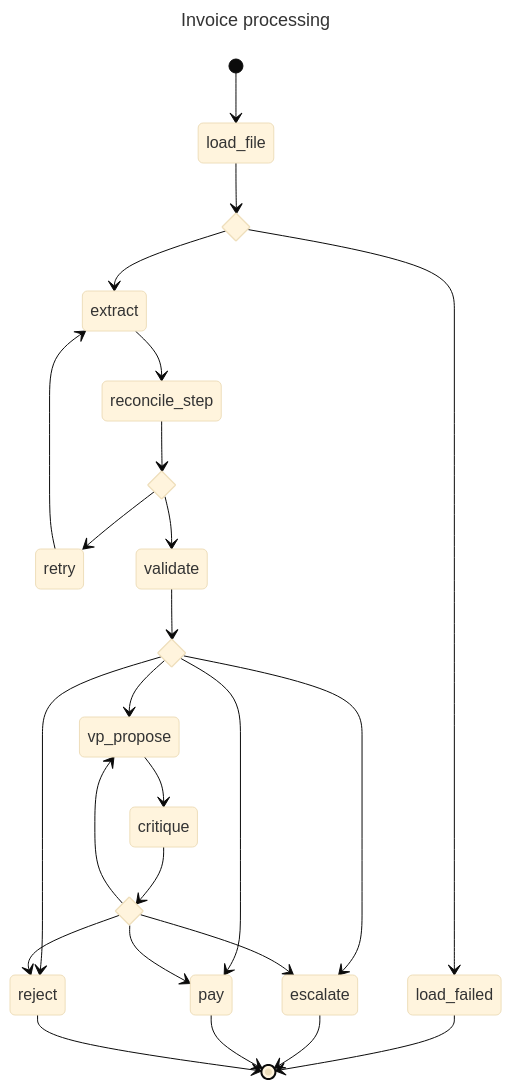
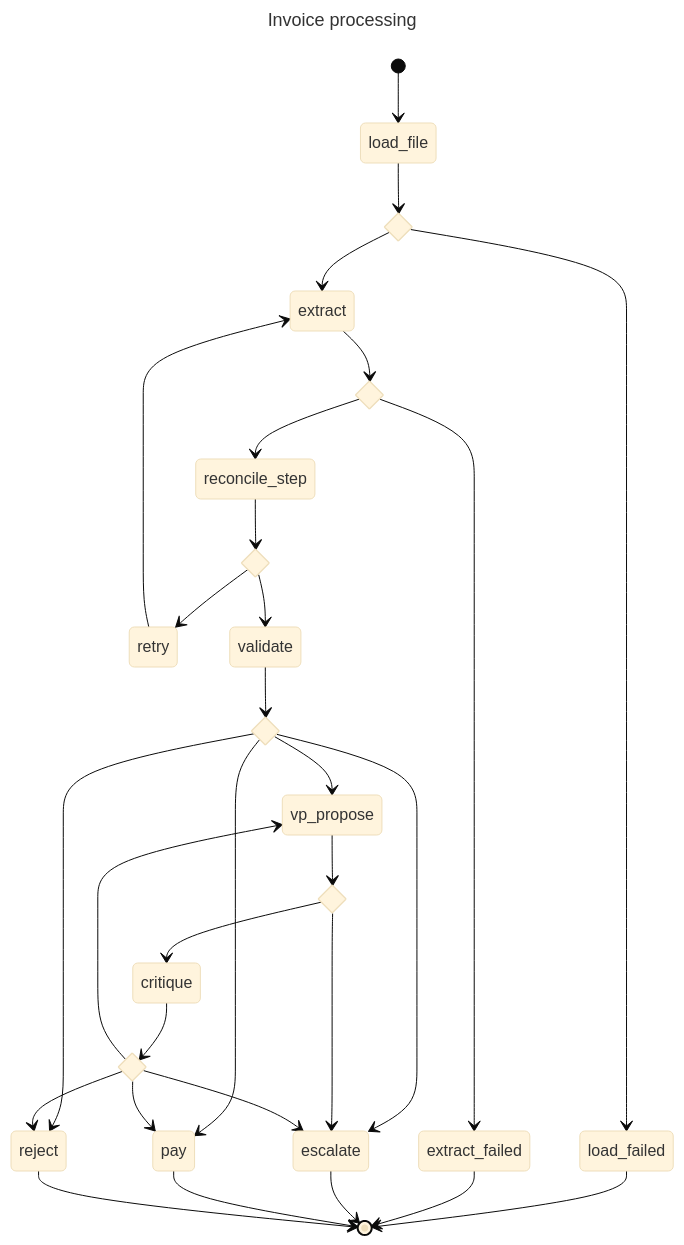
One commit to DavidSlayback/galatiq-case-invoices changed the diagram in docs/graph.mmd. Above: the diagram before and after it, drawn with Mermaid (base theme). The commit also changed 13 other files, not shown here.

```diff
--- a/docs/graph.mmd
+++ b/docs/graph.mmd
@@ -1,44 +1,52 @@
 ---
 title: Invoice processing
 ---
 stateDiagram-v2
   load_file
   state decision <<choice>>
   extract
   load_failed
+  state decision_2 <<choice>>
+  extract_failed
   reconcile_step
-  state decision_2 <<choice>>
+  state decision_3 <<choice>>
   retry
   validate
-  state decision_3 <<choice>>
+  state decision_4 <<choice>>
   escalate
   pay
   reject
   vp_propose
+  state decision_5 <<choice>>
   critique
-  state decision_4 <<choice>>
+  state decision_6 <<choice>>
 
   [*] --> load_file
   load_file --> decision
   decision --> extract
   decision --> load_failed
-  extract --> reconcile_step
+  extract --> decision_2
   load_failed --> [*]
-  reconcile_step --> decision_2
-  decision_2 --> retry
-  decision_2 --> validate
+  decision_2 --> extract_failed
+  decision_2 --> reconcile_step
+  extract_failed --> [*]
+  reconcile_step --> decision_3
+  decision_3 --> retry
+  decision_3 --> validate
   retry --> extract
-  validate --> decision_3
-  decision_3 --> escalate
-  decision_3 --> pay
-  decision_3 --> reject
-  decision_3 --> vp_propose
-  escalate --> [*]
-  pay --> [*]
-  reject --> [*]
-  vp_propose --> critique
-  critique --> decision_4
+  validate --> decision_4
   decision_4 --> escalate
   decision_4 --> pay
   decision_4 --> reject
   decision_4 --> vp_propose
+  escalate --> [*]
+  pay --> [*]
+  reject --> [*]
+  vp_propose --> decision_5
+  decision_5 --> escalate
+  decision_5 --> critique
+  critique --> decision_6
+  decision_6 --> escalate
+  decision_6 --> pay
+  decision_6 --> reject
+  decision_6 --> vp_propose
```
